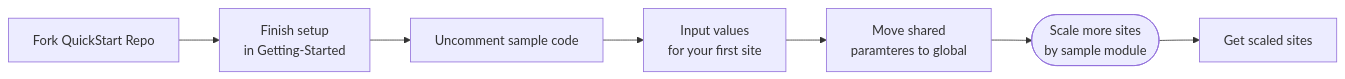
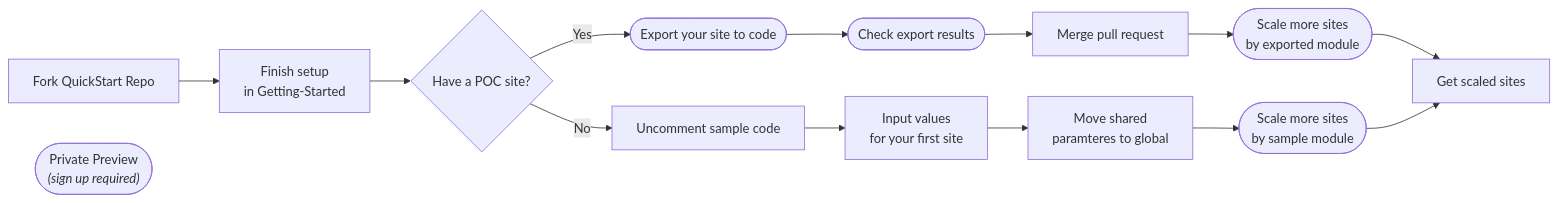
One commit to Azure/Edge-infrastructure-quickstart-template-ado changed the diagram in README.md. Above: the diagram before and after it, drawn with Mermaid. The commit also changed other lines of this file and 62 other files, not shown here.

````diff
--- a/README.md
+++ b/README.md
@@ -106,13 +106,22 @@
 ```mermaid
 flowchart LR;
     A[Fork QuickStart Repo] --> B["`Finish setup 
     in Getting-Started`"];
-    B --> F[Uncomment sample code];
+    B --> C{Have a POC site?};
+    C -- Yes --> D([Export your site to code]);
+    D --> E([Check export results]);
+    C -- No --> F[Uncomment sample code];
     F --> G["`Input values 
     for your first site`"];
+    E --> H[Merge pull request];
+    H --> I(["`Scale more sites
+    by exported module`"]);
     G --> J["`Move shared 
     paramteres to global`"];
     J --> K(["`Scale more sites
     by sample module`"]);
-    K --> L[Get scaled sites];
+    I --> L[Get scaled sites];
+    K --> L;
+    Z(["`Private Preview
+    *(sign up required)*`"])
 ```
````
